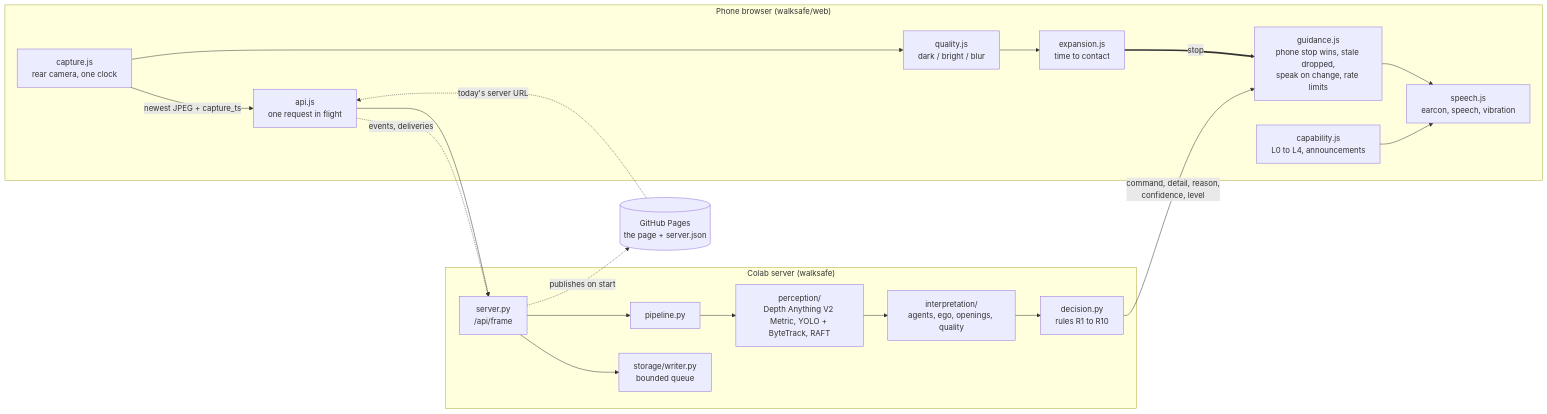
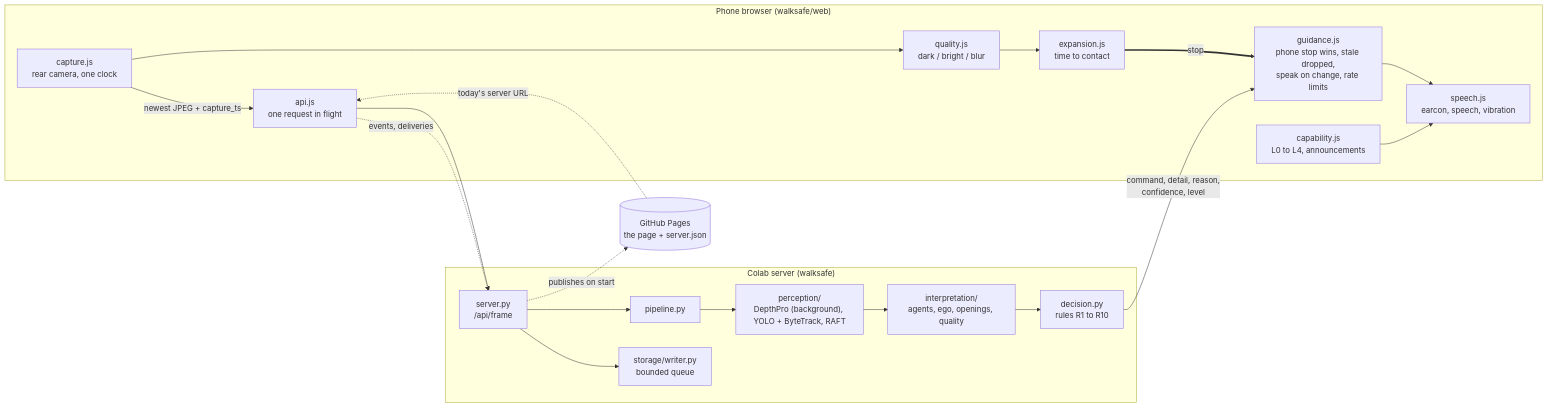
Before and after one commit to shahalam22/WalkSafe: the diagram in docs/architecture.md, drawn with Mermaid. The commit also changed other lines of this file and 15 other files, not shown here.

First line of the commit message:
feat: DepthPro back in the background, two-panel phone view, optional setup

````diff
--- a/docs/architecture.md
+++ b/docs/architecture.md
@@ -19,35 +19,35 @@
 ```mermaid
 flowchart LR
     subgraph PHONE["Phone browser (walksafe/web)"]
         CAM["capture.js<br/>rear camera, one clock"]
         Q["quality.js<br/>dark / bright / blur"]
         EXP["expansion.js<br/>time to contact"]
         GUI["guidance.js<br/>phone stop wins, stale dropped,<br/>speak on change, rate limits"]
         CAP["capability.js<br/>L0 to L4, announcements"]
         OUT["speech.js<br/>earcon, speech, vibration"]
         API["api.js<br/>one request in flight"]
         CAM --> Q --> EXP
         EXP ==>|stop| GUI
         GUI --> OUT
         CAP --> OUT
     end
 
     subgraph SERVER["Colab server (walksafe)"]
         SRV["server.py<br/>/api/frame"]
         PIPE["pipeline.py"]
-        PER["perception/<br/>Depth Anything V2 Metric, YOLO + ByteTrack, RAFT"]
+        PER["perception/<br/>DepthPro (background), YOLO + ByteTrack, RAFT"]
         INT["interpretation/<br/>agents, ego, openings, quality"]
         DEC["decision.py<br/>rules R1 to R10"]
         LOG["storage/writer.py<br/>bounded queue"]
         SRV --> PIPE --> PER --> INT --> DEC
         SRV --> LOG
     end
 
     PAGES[("GitHub Pages<br/>the page + server.json")]
 
     CAM -->|newest JPEG + capture_ts| API --> SRV
     DEC -->|command, detail, reason,<br/>confidence, level| GUI
     API -.->|events, deliveries| SRV
     PAGES -.->|today's server URL| API
     SRV -.->|publishes on start| PAGES
 ```
````
